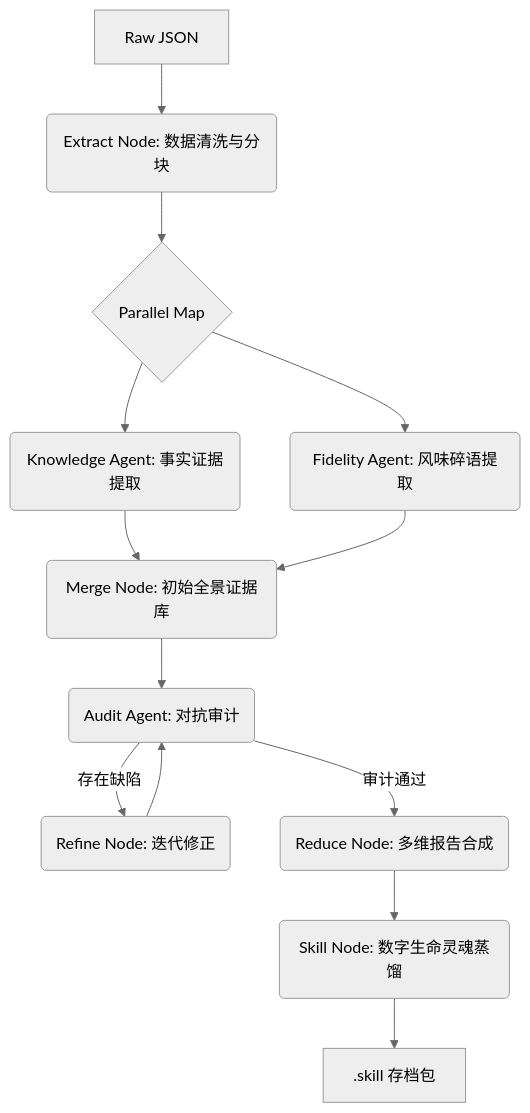
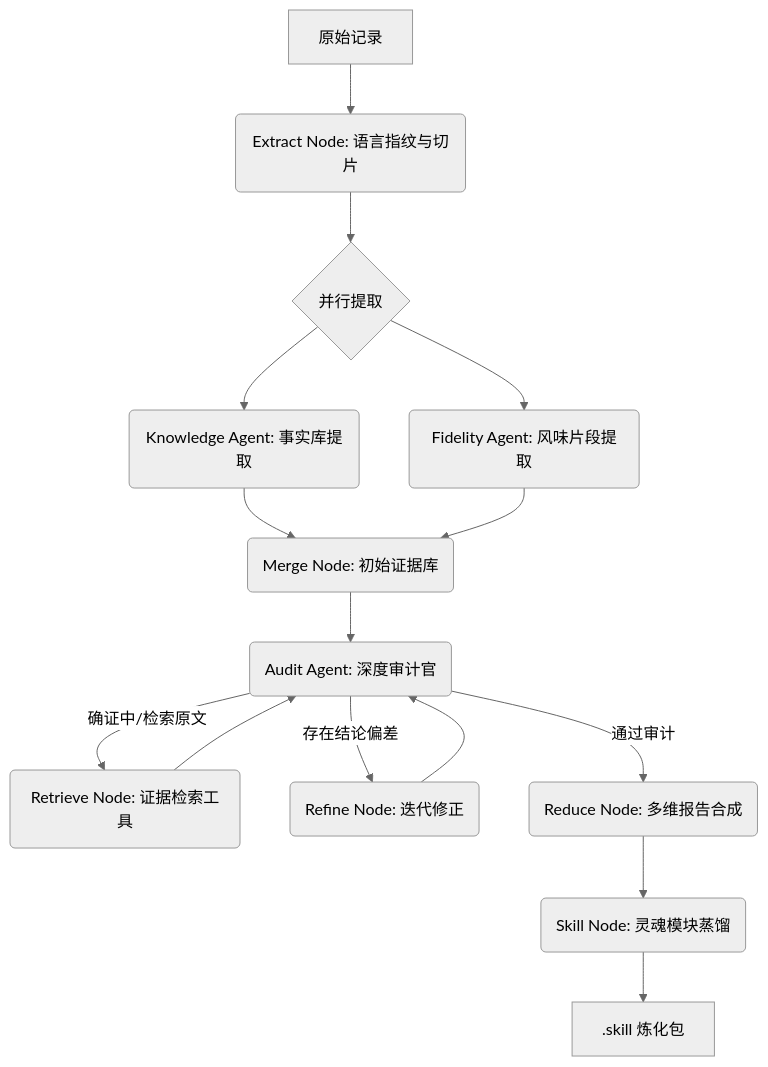
The diagram in README.md (ADKcodeXD/GroupMemberUnbox-skill), drawn with Mermaid (neutral theme) before and after one commit. The commit also changed other lines of this file and 5 other files, not shown here.

Commit message:
feat: implement pipeline node architecture and add GUI main window for chat analysis

````diff
--- a/README.md
+++ b/README.md
@@ -67,14 +48,16 @@
 ```mermaid
 graph TD
-    A[Raw JSON] --> B(Extract Node: 数据清洗与分块)
-    B --> C{Parallel Map}
-    C --> D(Knowledge Agent: 事实证据提取)
-    C --> E(Fidelity Agent: 风味碎语提取)
-    D & E --> F(Merge Node: 初始全景证据库)
-    F --> G(Audit Agent: 对抗审计)
-    G -- 存在缺陷 --> H(Refine Node: 迭代修正)
+    A[原始记录] --> B(Extract Node: 语言指纹与切片)
+    B --> C{并行提取}
+    C --> D(Knowledge Agent: 事实库提取)
+    C --> E(Fidelity Agent: 风味片段提取)
+    D & E --> F(Merge Node: 初始证据库)
+    F --> G(Audit Agent: 深度审计官)
+    G -- "确证中/检索原文" --> R(Retrieve Node: 证据检索工具)
+    R --> G
+    G -- 存在结论偏差 --> H(Refine Node: 迭代修正)
     H --> G
-    G -- 审计通过 --> I(Reduce Node: 多维报告合成)
-    I --> J(Skill Node: 数字生命灵魂蒸馏)
-    J --> K[.skill 存档包]
+    G -- 通过审计 --> I(Reduce Node: 多维报告合成)
+    I --> J(Skill Node: 灵魂模块蒸馏)
+    J --> K[.skill 炼化包]
 ```
````
